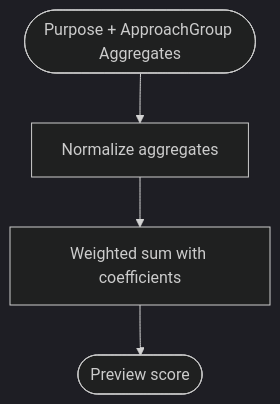
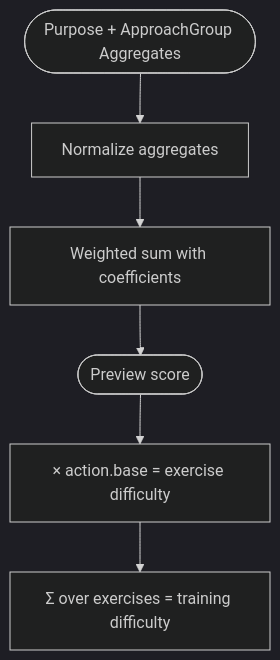
Before and after one commit to Dezzpil/meingym: the seventh of 11 diagrams in .qoder/repowiki/en/content/Core Business Logic/Scoring and Analytics.md, drawn with Mermaid (dark theme). The commit also changed other lines of this file and 12 other files, not shown here.

````diff
--- a/.qoder/repowiki/en/content/Core Business Logic/Scoring and Analytics.md
+++ b/.qoder/repowiki/en/content/Core Business Logic/Scoring and Analytics.md
@@ -224,6 +286,8 @@
 ```mermaid
 flowchart TD
 In(["Purpose + ApproachGroup Aggregates"]) --> Norm["Normalize aggregates"]
 Norm --> Score["Weighted sum with coefficients"]
 Score --> Out(["Preview score"])
+Out --> Diff["× action.base = exercise difficulty"]
+Diff --> Total["Σ over exercises = training difficulty"]
 ```
````
